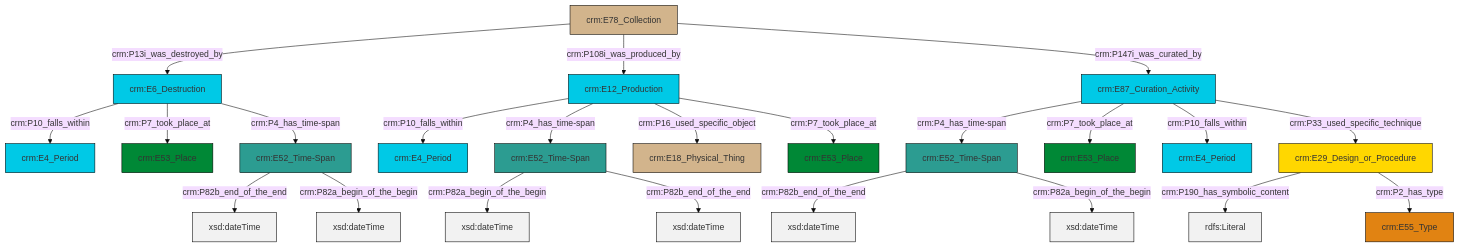
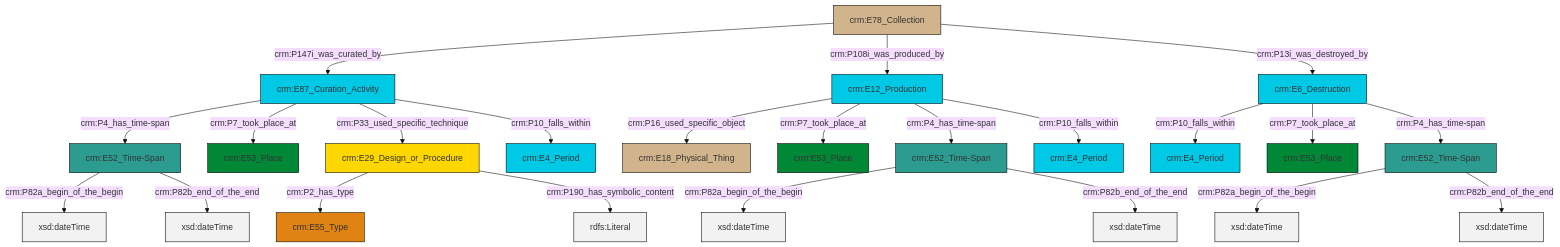
One commit to swiss-art-research-net/docs.swissartresearch changed the diagram in et/archivalCSV/ttl/mmd/archival_existence.ttl.mmd. Above: the diagram before and after it, drawn with Mermaid (base theme). The commit also changed 177 other files, not shown here.

```diff
--- a/et/archivalCSV/ttl/mmd/archival_existence.ttl.mmd
+++ b/et/archivalCSV/ttl/mmd/archival_existence.ttl.mmd
@@ -1,37 +1,37 @@
 graph TD
 classDef Literal fill:#f2f2f2,stroke:#000000;
 classDef CRM_Entity fill:#FFFFFF,stroke:#000000;
 classDef Temporal_Entity fill:#00C9E6, stroke:#000000;
 classDef Type fill:#E18312, stroke:#000000;
 classDef Time-Span fill:#2C9C91, stroke:#000000;
 classDef Appellation fill:#FFEB7F, stroke:#000000;
 classDef Place fill:#008836, stroke:#000000;
 classDef Persistent_Item fill:#B266B2, stroke:#000000;
 classDef Conceptual_Object fill:#FFD700, stroke:#000000;
 classDef Physical_Thing fill:#D2B48C, stroke:#000000;
 classDef Actor fill:#f58aad, stroke:#000000;
 classDef PC_Classes fill:#4ce600, stroke:#000000;
 classDef Multi fill:#cccccc,stroke:#000000;
 
-2["crm:E52_Time-Span"]:::Time-Span -->|crm:P82b_end_of_the_end| 3[xsd:dateTime]:::Literal
-2["crm:E52_Time-Span"]:::Time-Span -->|crm:P82a_begin_of_the_begin| 8[xsd:dateTime]:::Literal
-11["crm:E87_Curation_Activity"]:::Temporal_Entity -->|crm:P4_has_time-span| 2["crm:E52_Time-Span"]:::Time-Span
-12["crm:E29_Design_or_Procedure"]:::Conceptual_Object -->|crm:P190_has_symbolic_content| 13[rdfs:Literal]:::Literal
-11["crm:E87_Curation_Activity"]:::Temporal_Entity -->|crm:P7_took_place_at| 14["crm:E53_Place"]:::Place
-15["crm:E12_Production"]:::Temporal_Entity -->|crm:P10_falls_within| 16["crm:E4_Period"]:::Temporal_Entity
-17["crm:E78_Collection"]:::Physical_Thing -->|crm:P13i_was_destroyed_by| 0["crm:E6_Destruction"]:::Temporal_Entity
-15["crm:E12_Production"]:::Temporal_Entity -->|crm:P4_has_time-span| 19["crm:E52_Time-Span"]:::Time-Span
-17["crm:E78_Collection"]:::Physical_Thing -->|crm:P108i_was_produced_by| 15["crm:E12_Production"]:::Temporal_Entity
-15["crm:E12_Production"]:::Temporal_Entity -->|crm:P16_used_specific_object| 21["crm:E18_Physical_Thing"]:::Physical_Thing
-0["crm:E6_Destruction"]:::Temporal_Entity -->|crm:P10_falls_within| 24["crm:E4_Period"]:::Temporal_Entity
-17["crm:E78_Collection"]:::Physical_Thing -->|crm:P147i_was_curated_by| 11["crm:E87_Curation_Activity"]:::Temporal_Entity
-11["crm:E87_Curation_Activity"]:::Temporal_Entity -->|crm:P10_falls_within| 6["crm:E4_Period"]:::Temporal_Entity
-19["crm:E52_Time-Span"]:::Time-Span -->|crm:P82a_begin_of_the_begin| 30[xsd:dateTime]:::Literal
-12["crm:E29_Design_or_Procedure"]:::Conceptual_Object -->|crm:P2_has_type| 31["crm:E55_Type"]:::Type
-19["crm:E52_Time-Span"]:::Time-Span -->|crm:P82b_end_of_the_end| 34[xsd:dateTime]:::Literal
-11["crm:E87_Curation_Activity"]:::Temporal_Entity -->|crm:P33_used_specific_technique| 12["crm:E29_Design_or_Procedure"]:::Conceptual_Object
-15["crm:E12_Production"]:::Temporal_Entity -->|crm:P7_took_place_at| 4["crm:E53_Place"]:::Place
-0["crm:E6_Destruction"]:::Temporal_Entity -->|crm:P7_took_place_at| 9["crm:E53_Place"]:::Place
-26["crm:E52_Time-Span"]:::Time-Span -->|crm:P82b_end_of_the_end| 37[xsd:dateTime]:::Literal
-0["crm:E6_Destruction"]:::Temporal_Entity -->|crm:P4_has_time-span| 26["crm:E52_Time-Span"]:::Time-Span
-26["crm:E52_Time-Span"]:::Time-Span -->|crm:P82a_begin_of_the_begin| 38[xsd:dateTime]:::Literal
+0["crm:E12_Production"]:::Temporal_Entity -->|crm:P16_used_specific_object| 1["crm:E18_Physical_Thing"]:::Physical_Thing
+2["crm:E87_Curation_Activity"]:::Temporal_Entity -->|crm:P4_has_time-span| 3["crm:E52_Time-Span"]:::Time-Span
+0["crm:E12_Production"]:::Temporal_Entity -->|crm:P7_took_place_at| 4["crm:E53_Place"]:::Place
+7["crm:E78_Collection"]:::Physical_Thing -->|crm:P147i_was_curated_by| 2["crm:E87_Curation_Activity"]:::Temporal_Entity
+0["crm:E12_Production"]:::Temporal_Entity -->|crm:P4_has_time-span| 9["crm:E52_Time-Span"]:::Time-Span
+7["crm:E78_Collection"]:::Physical_Thing -->|crm:P108i_was_produced_by| 0["crm:E12_Production"]:::Temporal_Entity
+0["crm:E12_Production"]:::Temporal_Entity -->|crm:P10_falls_within| 12["crm:E4_Period"]:::Temporal_Entity
+13["crm:E6_Destruction"]:::Temporal_Entity -->|crm:P10_falls_within| 10["crm:E4_Period"]:::Temporal_Entity
+2["crm:E87_Curation_Activity"]:::Temporal_Entity -->|crm:P7_took_place_at| 14["crm:E53_Place"]:::Place
+9["crm:E52_Time-Span"]:::Time-Span -->|crm:P82a_begin_of_the_begin| 16[xsd:dateTime]:::Literal
+3["crm:E52_Time-Span"]:::Time-Span -->|crm:P82a_begin_of_the_begin| 17[xsd:dateTime]:::Literal
+3["crm:E52_Time-Span"]:::Time-Span -->|crm:P82b_end_of_the_end| 18[xsd:dateTime]:::Literal
+13["crm:E6_Destruction"]:::Temporal_Entity -->|crm:P7_took_place_at| 19["crm:E53_Place"]:::Place
+13["crm:E6_Destruction"]:::Temporal_Entity -->|crm:P4_has_time-span| 5["crm:E52_Time-Span"]:::Time-Span
+2["crm:E87_Curation_Activity"]:::Temporal_Entity -->|crm:P33_used_specific_technique| 21["crm:E29_Design_or_Procedure"]:::Conceptual_Object
+21["crm:E29_Design_or_Procedure"]:::Conceptual_Object -->|crm:P2_has_type| 23["crm:E55_Type"]:::Type
+21["crm:E29_Design_or_Procedure"]:::Conceptual_Object -->|crm:P190_has_symbolic_content| 24[rdfs:Literal]:::Literal
+2["crm:E87_Curation_Activity"]:::Temporal_Entity -->|crm:P10_falls_within| 27["crm:E4_Period"]:::Temporal_Entity
+7["crm:E78_Collection"]:::Physical_Thing -->|crm:P13i_was_destroyed_by| 13["crm:E6_Destruction"]:::Temporal_Entity
+5["crm:E52_Time-Span"]:::Time-Span -->|crm:P82a_begin_of_the_begin| 34[xsd:dateTime]:::Literal
+5["crm:E52_Time-Span"]:::Time-Span -->|crm:P82b_end_of_the_end| 35[xsd:dateTime]:::Literal
+9["crm:E52_Time-Span"]:::Time-Span -->|crm:P82b_end_of_the_end| 36[xsd:dateTime]:::Literal
```
